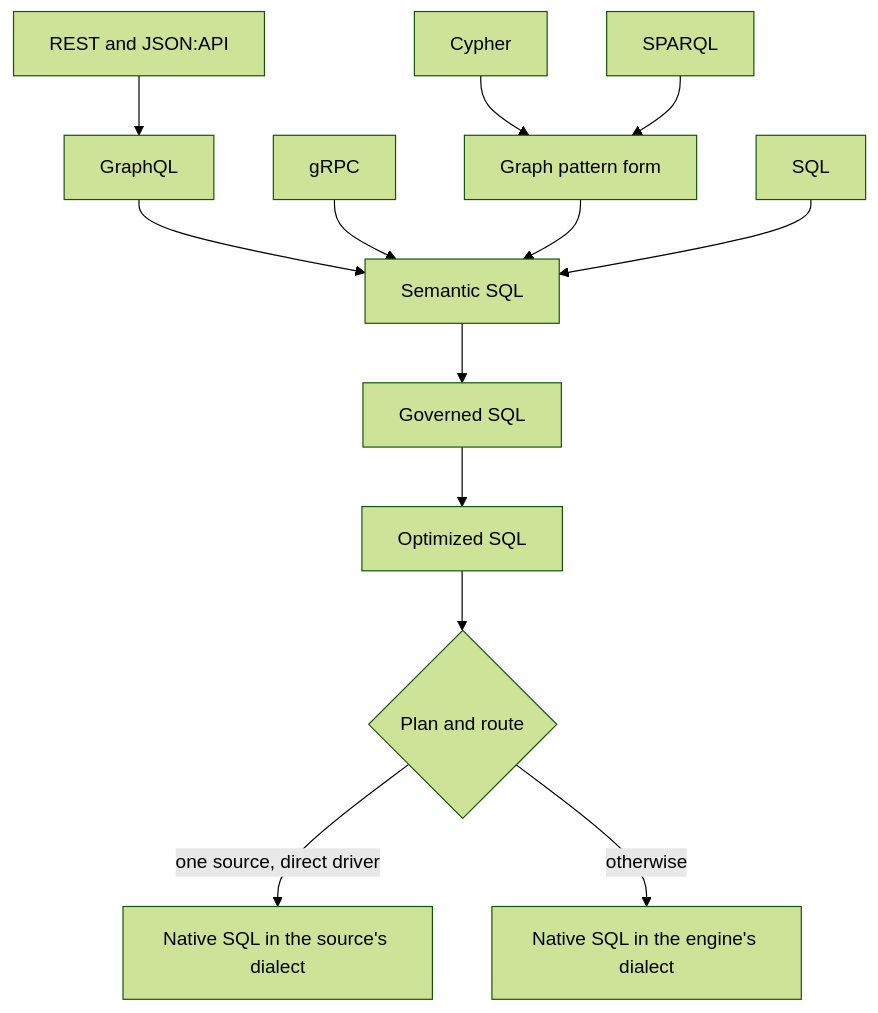
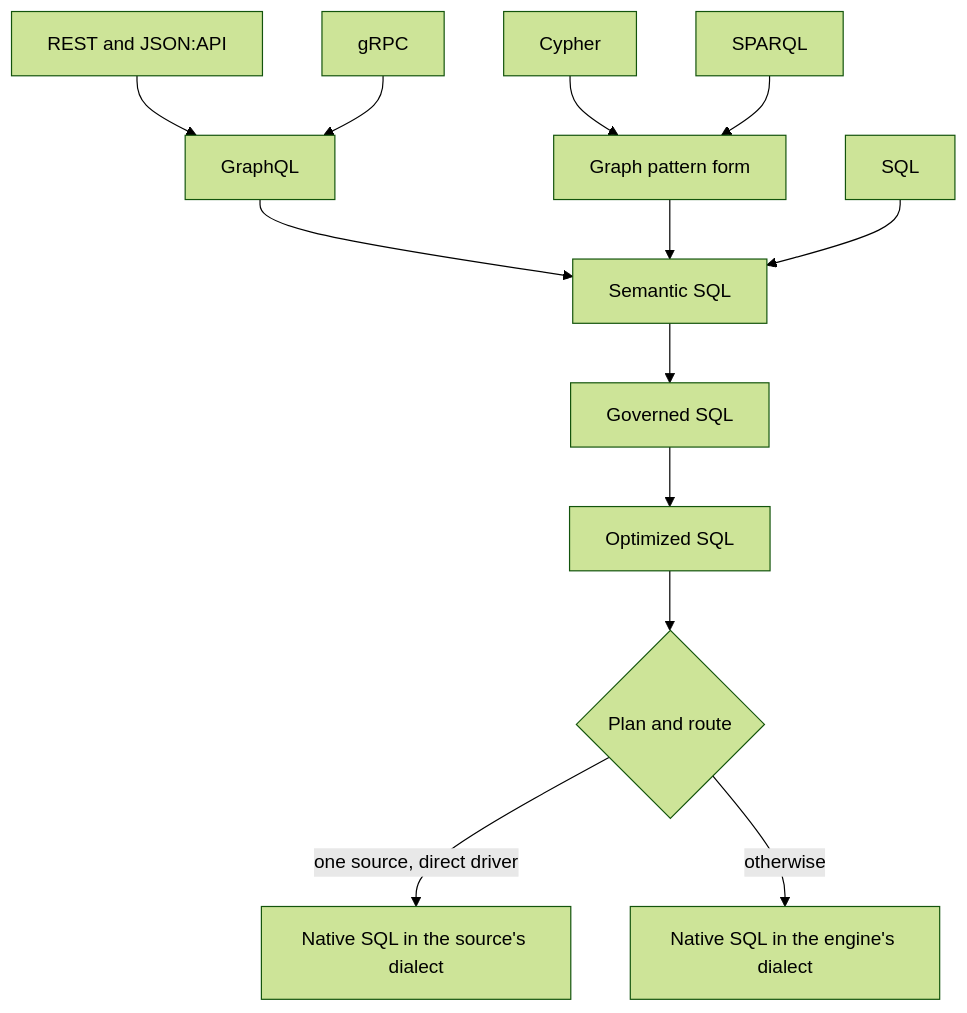
The second of 2 diagrams in docs/architecture.md (kenstott/provisa), drawn with Mermaid (forest theme) before and after one commit. The commit also changed other lines of this file and 18 other files, not shown here.

First line of the commit message:
docs(architecture): gRPC reads lower through GraphQL, as REST and JSON:API do

````diff
--- a/docs/architecture.md
+++ b/docs/architecture.md
@@ -153,15 +153,15 @@
 ```mermaid
 flowchart TD
     REST[REST and JSON:API] --> GQL[GraphQL]
     GQL --> SEM[Semantic SQL]
-    GRPC[gRPC] --> SEM
+    GRPC[gRPC] --> GQL
     CY[Cypher] --> GP[Graph pattern form]
     SP[SPARQL] --> GP
     GP --> SEM
     SQL[SQL] --> SEM
     SEM --> GOV[Governed SQL]
     GOV --> OPT[Optimized SQL]
     OPT --> ROUTE{Plan and route}
     ROUTE -- "one source, direct driver" --> DIRECT[Native SQL in the source's dialect]
     ROUTE -- "otherwise" --> ENGINE[Native SQL in the engine's dialect]
 ```
````
